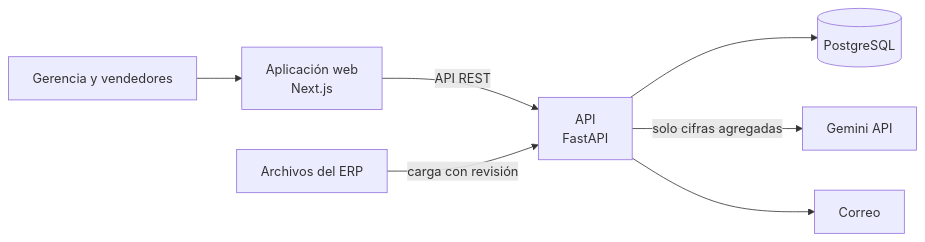
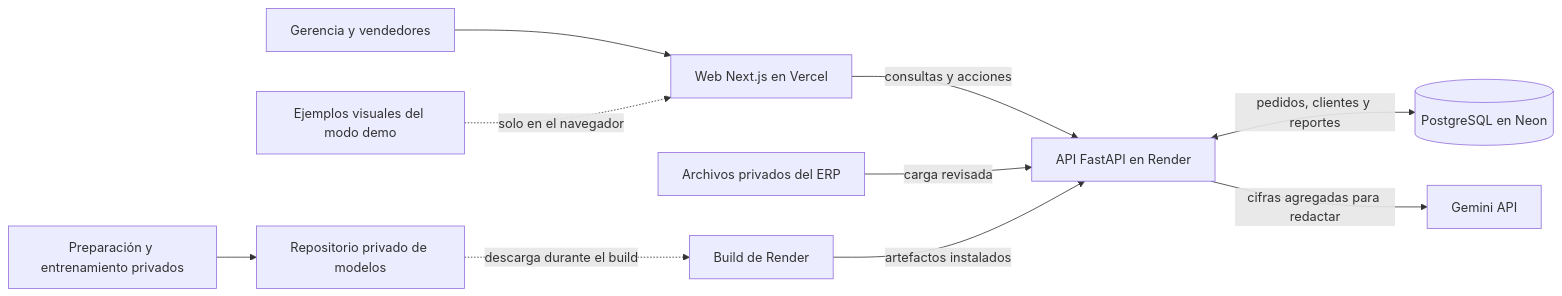
The first of 2 diagrams in profile/README.md (VetChain-IAthon/.github), drawn with Mermaid before and after one commit. The commit also changed other lines of this file, not shown here.

Commit message:
docs: explain VetChain model and demo architecture

````diff
--- a/profile/README.md
+++ b/profile/README.md
@@ -32,9 +33,12 @@
 ```mermaid
 flowchart LR
-    U["Gerencia y vendedores"] --> W["Aplicación web<br/>Next.js"]
-    W -->|"API REST"| A["API<br/>FastAPI"]
-    A --> DB[("PostgreSQL")]
-    E["Archivos del ERP"] -->|"carga con revisión"| A
-    A -->|"solo cifras agregadas"| G["Gemini API"]
-    A --> M["Correo"]
+    U["Gerencia y vendedores"] --> W["Web Next.js en Vercel"]
+    W -->|"consultas y acciones"| A["API FastAPI en Render"]
+    E["Archivos privados del ERP"] -->|"carga revisada"| A
+    A <-->|"pedidos, clientes y reportes"| DB[("PostgreSQL en Neon")]
+    T["Preparación y entrenamiento privados"] --> R["Repositorio privado de modelos"]
+    R -.->|"descarga durante el build"| B["Build de Render"]
+    B -->|"artefactos instalados"| A
+    A -->|"cifras agregadas para redactar"| G["Gemini API"]
+    D["Ejemplos visuales del modo demo"] -.->|"solo en el navegador"| W
 ```
````
